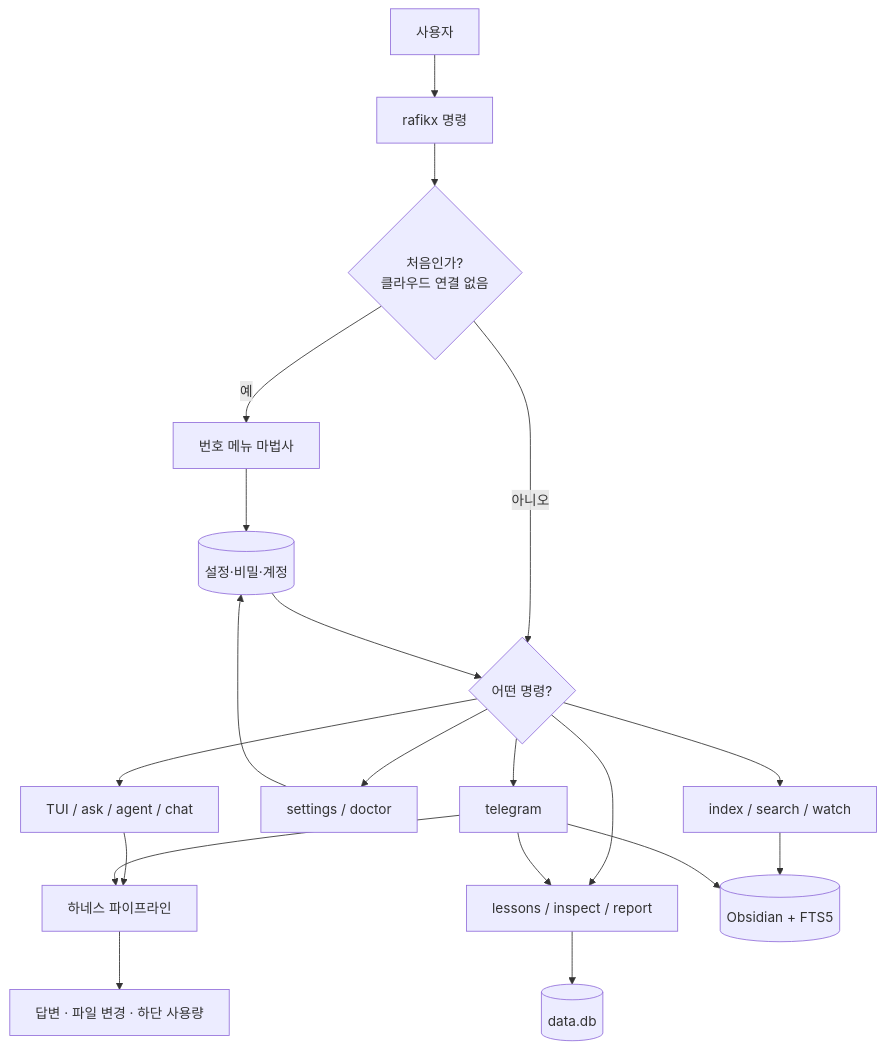
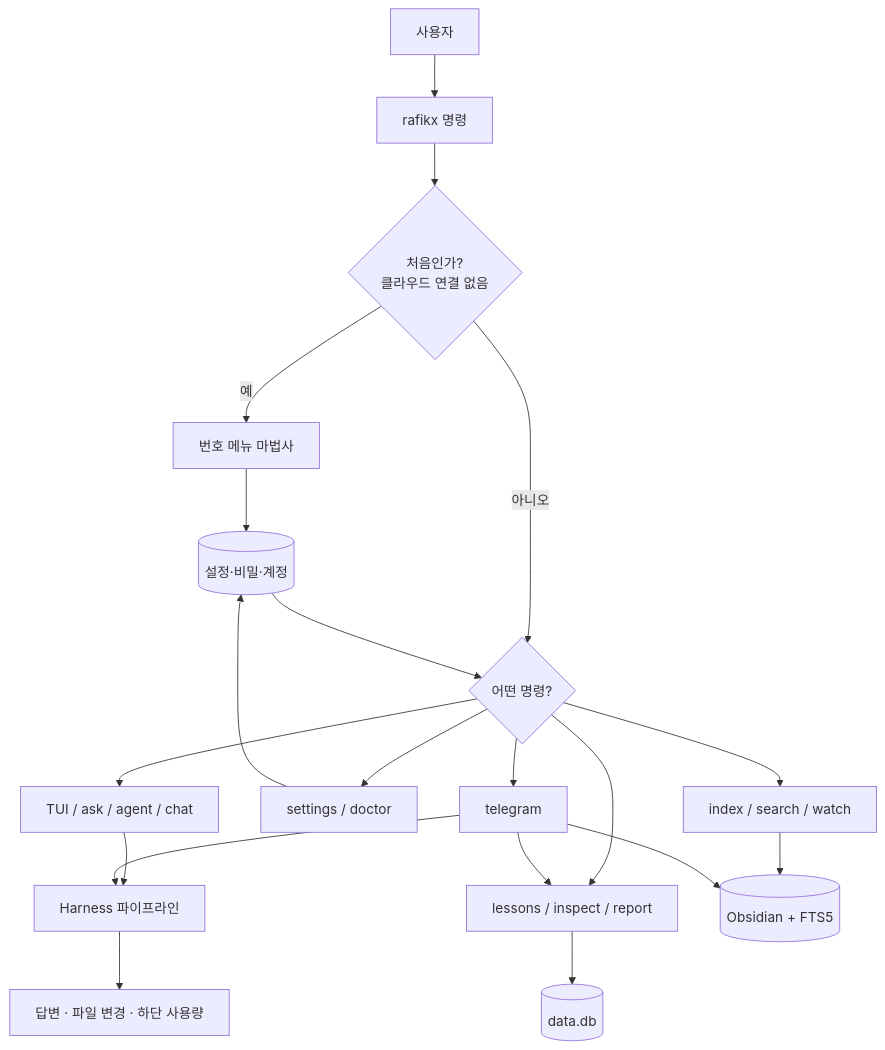
One commit to AIBeginnerX/RafikX changed the first of 8 diagrams in RAFIKX_WORKFLOW.md. Above: the diagram before and after it, drawn with Mermaid. The commit also changed other lines of this file and 4 other files, not shown here.

````diff
--- a/RAFIKX_WORKFLOW.md
+++ b/RAFIKX_WORKFLOW.md
@@ -10,27 +10,27 @@
 ```mermaid
 flowchart TB
     U[사용자] --> CLI["rafikx 명령"]
 
     CLI --> FR{처음인가?<br/>클라우드 연결 없음}
     FR -->|예| WIZ[번호 메뉴 마법사]
     FR -->|아니오| CMD{어떤 명령?}
 
     WIZ --> SET[(설정·비밀·계정)]
     SET --> CMD
 
     CMD --> ASK["TUI / ask / agent / chat"]
     CMD --> ADM["settings / doctor"]
     CMD --> NOTE["index / search / watch"]
     CMD --> MEM["lessons / inspect / report"]
     CMD --> TG["telegram"]
 
-    ASK --> PIPE[하네스 파이프라인]
+    ASK --> PIPE[Harness 파이프라인]
     ADM --> SET
     NOTE --> VAULT[(Obsidian + FTS5)]
     MEM --> DB[(data.db)]
     TG --> PIPE
     TG --> VAULT
     TG --> MEM
 
     PIPE --> OUT[답변 · 파일 변경 · 하단 사용량]
 ```
````
